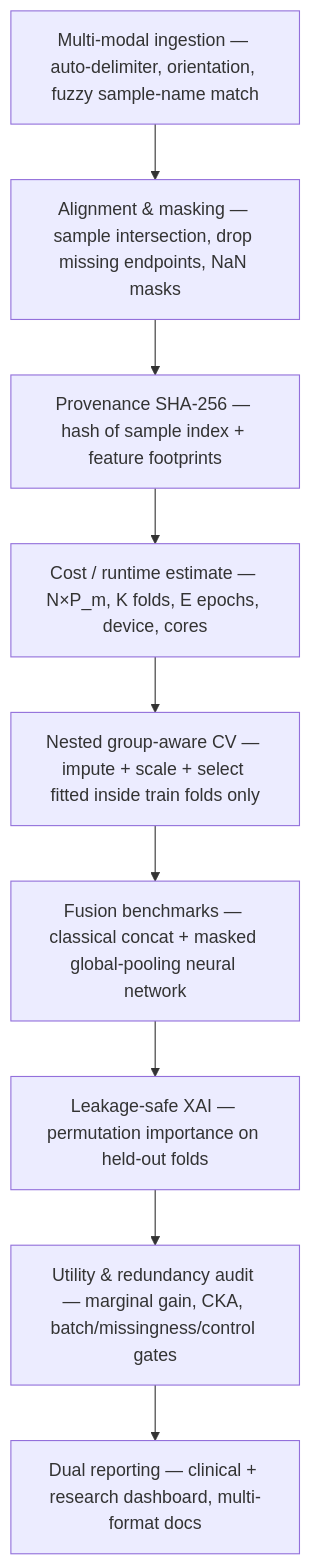
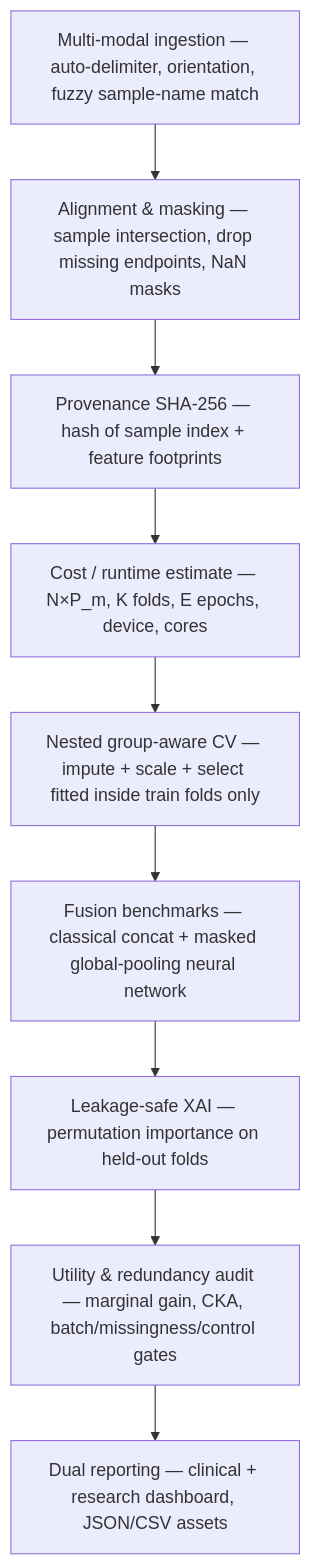
Before and after one commit to tunabirgun/omicau: the diagram in README.md, drawn with Mermaid. The commit also changed other lines of this file and 7 other files, not shown here.

````diff
--- a/README.md
+++ b/README.md
@@ -76,13 +75,13 @@
 ```mermaid
 flowchart TB
     S0["Multi-modal ingestion — auto-delimiter, orientation, fuzzy sample-name match"]
     S1["Alignment & masking — sample intersection, drop missing endpoints, NaN masks"]
     S2["Provenance SHA-256 — hash of sample index + feature footprints"]
     S3["Cost / runtime estimate — N×P_m, K folds, E epochs, device, cores"]
     S4["Nested group-aware CV — impute + scale + select fitted inside train folds only"]
     S5["Fusion benchmarks — classical concat + masked global-pooling neural network"]
     S6["Leakage-safe XAI — permutation importance on held-out folds"]
     S7["Utility & redundancy audit — marginal gain, CKA, batch/missingness/control gates"]
-    S8["Dual reporting — clinical + research dashboard, multi-format docs"]
+    S8["Dual reporting — clinical + research dashboard, JSON/CSV assets"]
     S0 --> S1 --> S2 --> S3 --> S4 --> S5 --> S6 --> S7 --> S8
 ```
````
